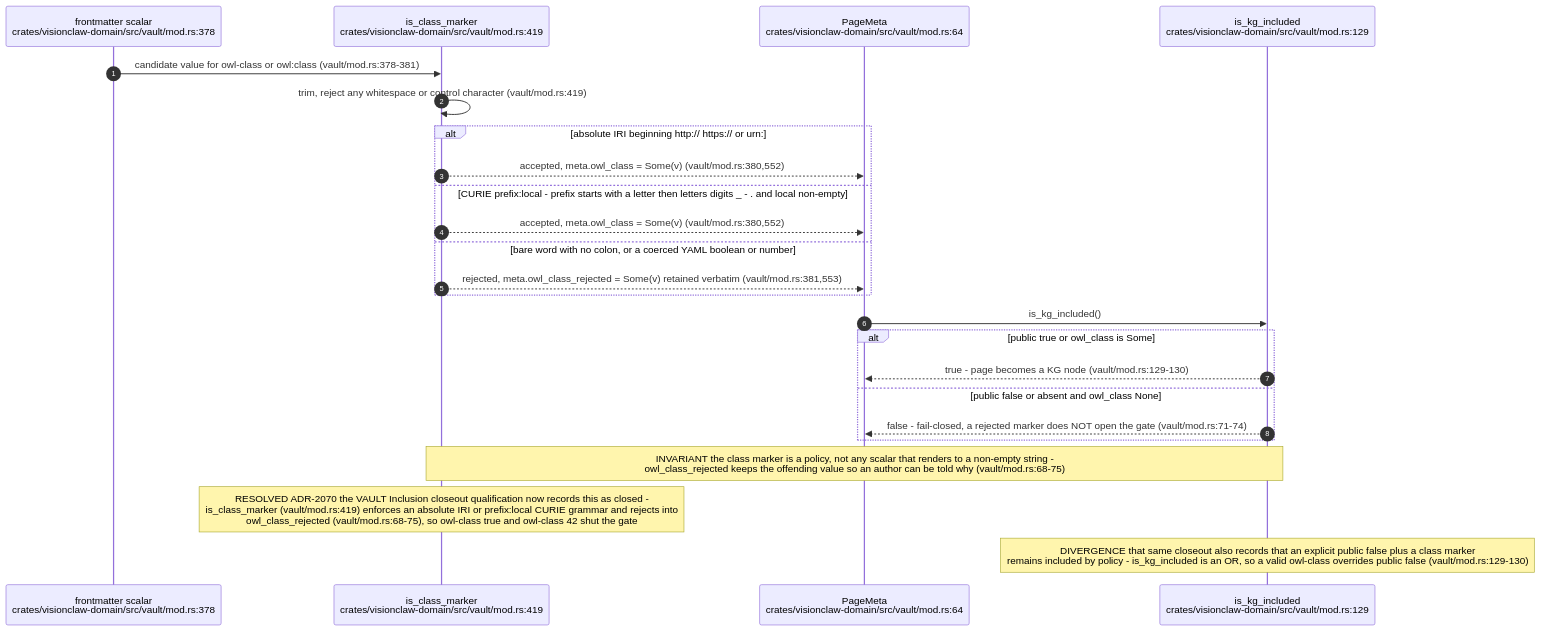
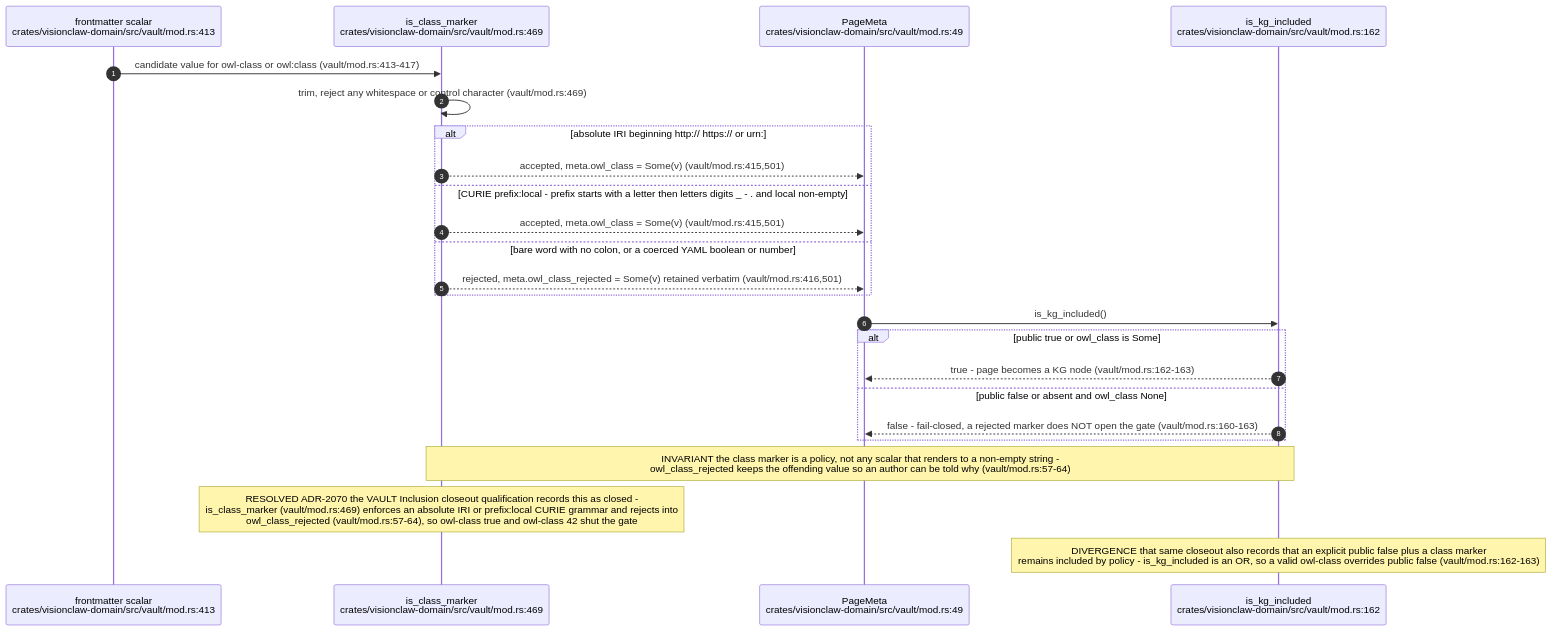
The fifth of 5 diagrams in docs/diagrams/visionclaw/21-corpus-ingest-and-vault.md (DreamLab-AI/VisionFlow), drawn with Mermaid before and after one commit. The commit also changed other lines of this file and 136 other files, not shown here.

First line of the commit message:
docs(diagrams): refresh the whole corpus to code HEAD and prune low-value diagrams

````diff
--- a/docs/diagrams/visionclaw/21-corpus-ingest-and-vault.md
+++ b/docs/diagrams/visionclaw/21-corpus-ingest-and-vault.md
@@ -493,26 +208,26 @@
 ```mermaid
 sequenceDiagram
     autonumber
-    participant Y as frontmatter scalar<br/>crates/visionclaw-domain/src/vault/mod.rs:378
-    participant CM as is_class_marker<br/>crates/visionclaw-domain/src/vault/mod.rs:419
-    participant PM as PageMeta<br/>crates/visionclaw-domain/src/vault/mod.rs:64
-    participant G as is_kg_included<br/>crates/visionclaw-domain/src/vault/mod.rs:129
-    Y->>CM: candidate value for owl-class or owl:class (vault/mod.rs:378-381)
-    CM->>CM: trim, reject any whitespace or control character (vault/mod.rs:419)
+    participant Y as frontmatter scalar<br/>crates/visionclaw-domain/src/vault/mod.rs:413
+    participant CM as is_class_marker<br/>crates/visionclaw-domain/src/vault/mod.rs:469
+    participant PM as PageMeta<br/>crates/visionclaw-domain/src/vault/mod.rs:49
+    participant G as is_kg_included<br/>crates/visionclaw-domain/src/vault/mod.rs:162
+    Y->>CM: candidate value for owl-class or owl:class (vault/mod.rs:413-417)
+    CM->>CM: trim, reject any whitespace or control character (vault/mod.rs:469)
     alt absolute IRI beginning http:// https:// or urn:
-        CM-->>PM: accepted, meta.owl_class = Some(v) (vault/mod.rs:380,552)
+        CM-->>PM: accepted, meta.owl_class = Some(v) (vault/mod.rs:415,501)
     else CURIE prefix:local - prefix starts with a letter then letters digits _ - . and local non-empty
-        CM-->>PM: accepted, meta.owl_class = Some(v) (vault/mod.rs:380,552)
+        CM-->>PM: accepted, meta.owl_class = Some(v) (vault/mod.rs:415,501)
     else bare word with no colon, or a coerced YAML boolean or number
-        CM-->>PM: rejected, meta.owl_class_rejected = Some(v) retained verbatim (vault/mod.rs:381,553)
+        CM-->>PM: rejected, meta.owl_class_rejected = Some(v) retained verbatim (vault/mod.rs:416,501)
     end
     PM->>G: is_kg_included()
     alt public true or owl_class is Some
-        G-->>PM: true - page becomes a KG node (vault/mod.rs:129-130)
+        G-->>PM: true - page becomes a KG node (vault/mod.rs:162-163)
     else public false or absent and owl_class None
-        G-->>PM: false - fail-closed, a rejected marker does NOT open the gate (vault/mod.rs:71-74)
+        G-->>PM: false - fail-closed, a rejected marker does NOT open the gate (vault/mod.rs:160-163)
     end
-    Note over CM,G: INVARIANT the class marker is a policy, not any scalar that renders to a non-empty string -<br/>owl_class_rejected keeps the offending value so an author can be told why (vault/mod.rs:68-75)
-    Note over CM: RESOLVED ADR-2070 the VAULT Inclusion closeout qualification now records this as closed -<br/>is_class_marker (vault/mod.rs:419) enforces an absolute IRI or prefix:local CURIE grammar and rejects into<br/>owl_class_rejected (vault/mod.rs:68-75), so owl-class true and owl-class 42 shut the gate
-    Note over G: DIVERGENCE that same closeout also records that an explicit public false plus a class marker<br/>remains included by policy - is_kg_included is an OR, so a valid owl-class overrides public false (vault/mod.rs:129-130)
+    Note over CM,G: INVARIANT the class marker is a policy, not any scalar that renders to a non-empty string -<br/>owl_class_rejected keeps the offending value so an author can be told why (vault/mod.rs:57-64)
+    Note over CM: RESOLVED ADR-2070 the VAULT Inclusion closeout qualification records this as closed -<br/>is_class_marker (vault/mod.rs:469) enforces an absolute IRI or prefix:local CURIE grammar and rejects into<br/>owl_class_rejected (vault/mod.rs:57-64), so owl-class true and owl-class 42 shut the gate
+    Note over G: DIVERGENCE that same closeout also records that an explicit public false plus a class marker<br/>remains included by policy - is_kg_included is an OR, so a valid owl-class overrides public false (vault/mod.rs:162-163)
 ```
````
